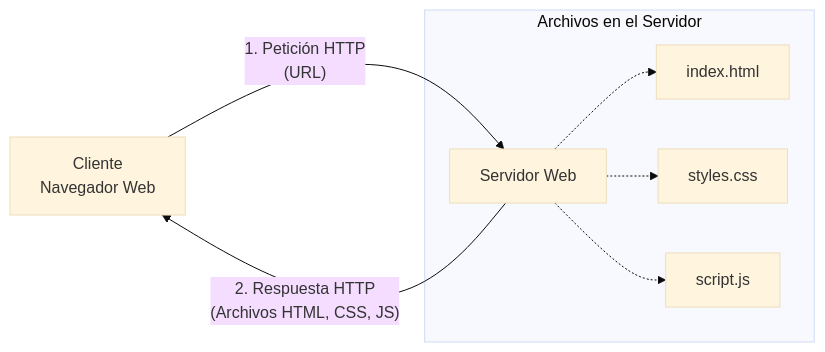
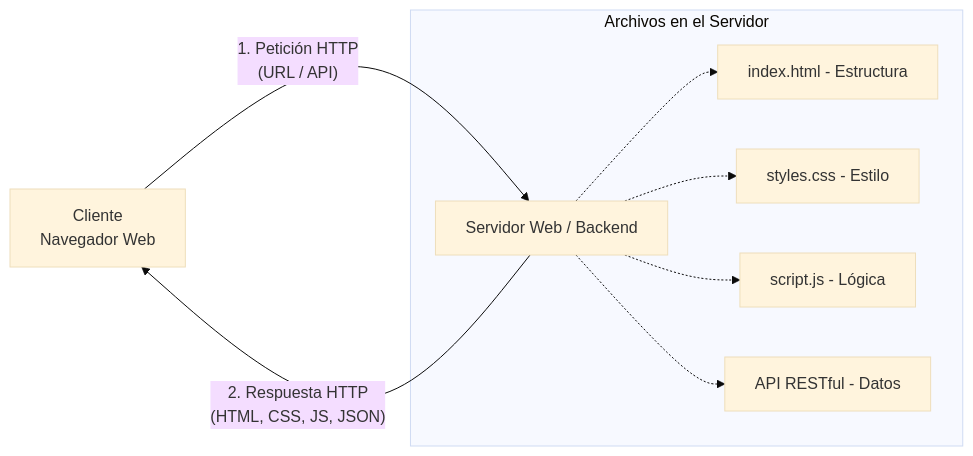
The first of 2 diagrams in Obsidian/pregrado/Documentos/Web/Desarollo web.md (kalech7/notes), drawn with Mermaid (base theme) before and after one commit. The commit also changed other lines of this file and 125 other files, not shown here.

Commit message:
fix(pregrado): interconecta notas huerfanas, crea MOCs faltantes, corrige diagramas y resuelve referencias rotas

````diff
--- a/Obsidian/pregrado/Documentos/Web/Desarollo web.md
+++ b/Obsidian/pregrado/Documentos/Web/Desarollo web.md
@@ -8,11 +41,12 @@
 ```mermaid
 flowchart LR
-    C[Cliente\nNavegador Web] -- "1. Petición HTTP\n(URL)" --> S[Servidor Web]
-    S -- "2. Respuesta HTTP\n(Archivos HTML, CSS, JS)" --> C
+    C[Cliente\nNavegador Web] -- "1. Petición HTTP\n(URL / API)" --> S[Servidor Web / Backend]
+    S -- "2. Respuesta HTTP\n(HTML, CSS, JS, JSON)" --> C
     
     subgraph Archivos en el Servidor
-        S -.-> HTML[index.html]
-        S -.-> CSS[styles.css]
-        S -.-> JS[script.js]
+        S -.-> HTML[index.html - Estructura]
+        S -.-> CSS[styles.css - Estilo]
+        S -.-> JS[script.js - Lógica]
+        S -.-> API[API RESTful - Datos]
     end
 ```
````
